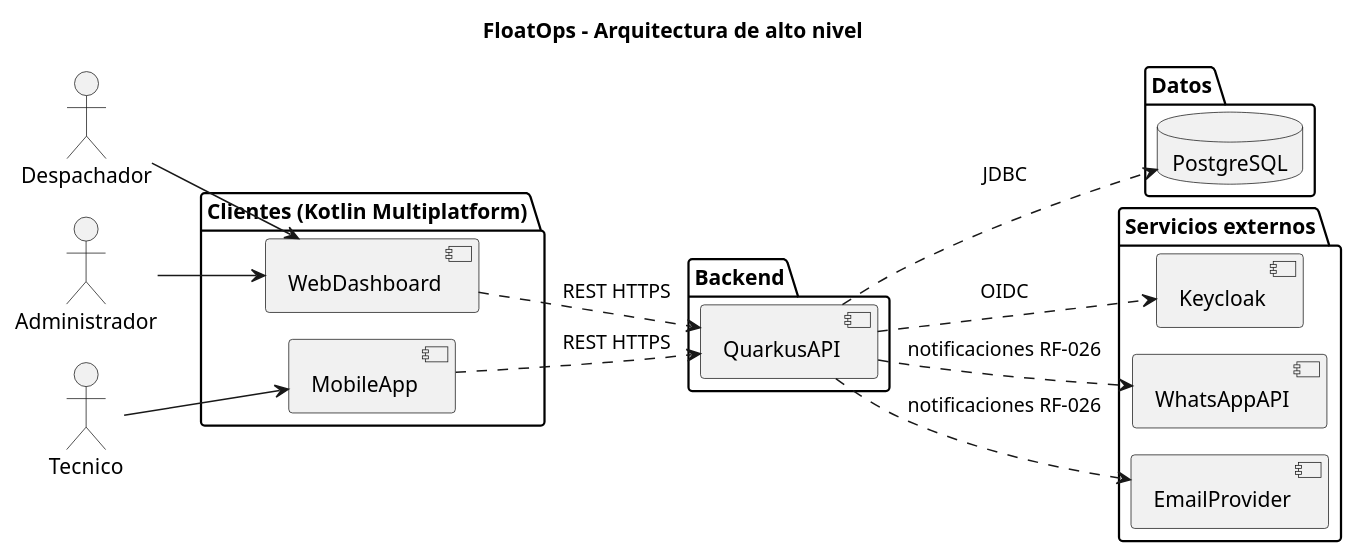
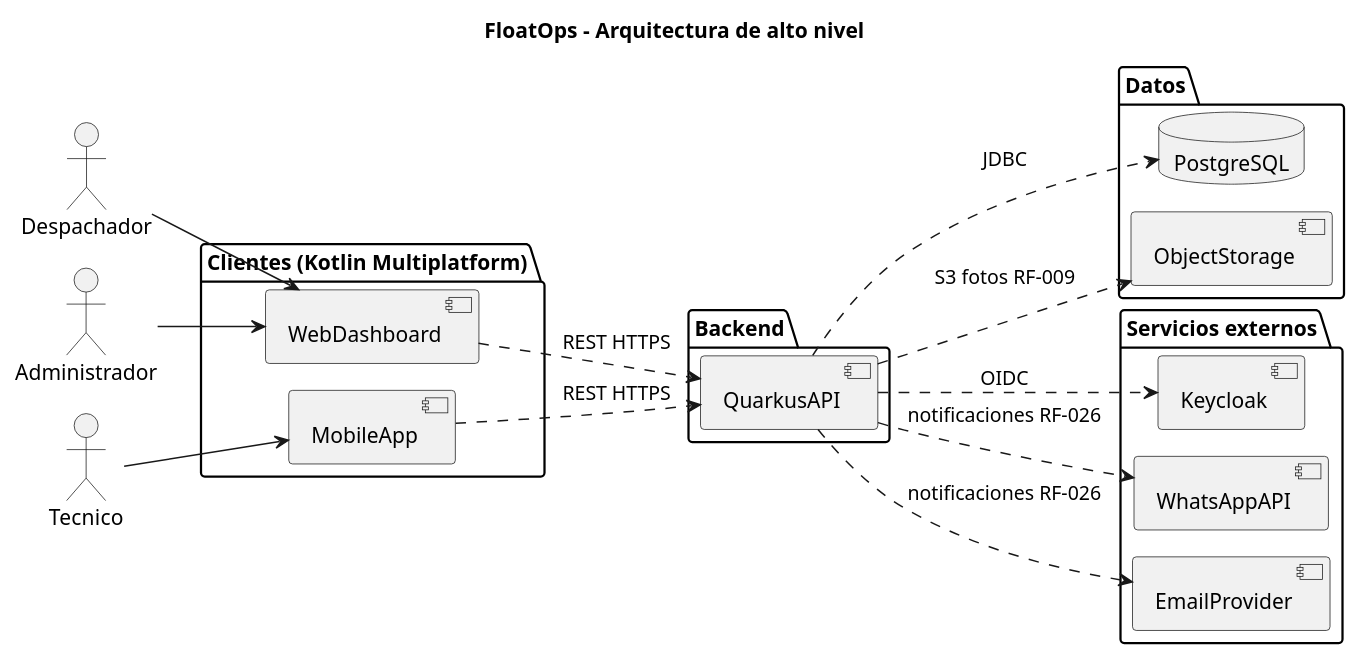
One commit to 11D4RKM4N13/FloatOps changed the diagram in Architecture/arquitectura-alto-nivel.plantuml. Above: the diagram before and after it, drawn with PlantUML. The commit also changed 37 other files, not shown here.

```diff
--- a/Architecture/arquitectura-alto-nivel.plantuml
+++ b/Architecture/arquitectura-alto-nivel.plantuml
@@ -1,41 +1,43 @@
 @startuml arquitectura-alto-nivel
 !pragma layout smetana
 left to right direction
 
 title FloatOps - Arquitectura de alto nivel
 
 actor Despachador
 actor Administrador
 actor Tecnico
 
 package "Clientes (Kotlin Multiplatform)" {
   component WebDashboard
   component MobileApp
 }
 
 package "Backend" {
   component QuarkusAPI
 }
 
 package "Datos" {
   database PostgreSQL
+  component ObjectStorage
 }
 
 package "Servicios externos" {
   component Keycloak
   component WhatsAppAPI
   component EmailProvider
 }
 
 Despachador --> WebDashboard
 Administrador --> WebDashboard
 Tecnico --> MobileApp
 
 WebDashboard ..> QuarkusAPI : REST HTTPS
 MobileApp ..> QuarkusAPI : REST HTTPS
 QuarkusAPI ..> PostgreSQL : JDBC
+QuarkusAPI ..> ObjectStorage : S3 fotos RF-009
 QuarkusAPI ..> Keycloak : OIDC
 QuarkusAPI ..> WhatsAppAPI : notificaciones RF-026
 QuarkusAPI ..> EmailProvider : notificaciones RF-026
 
 @enduml
```
